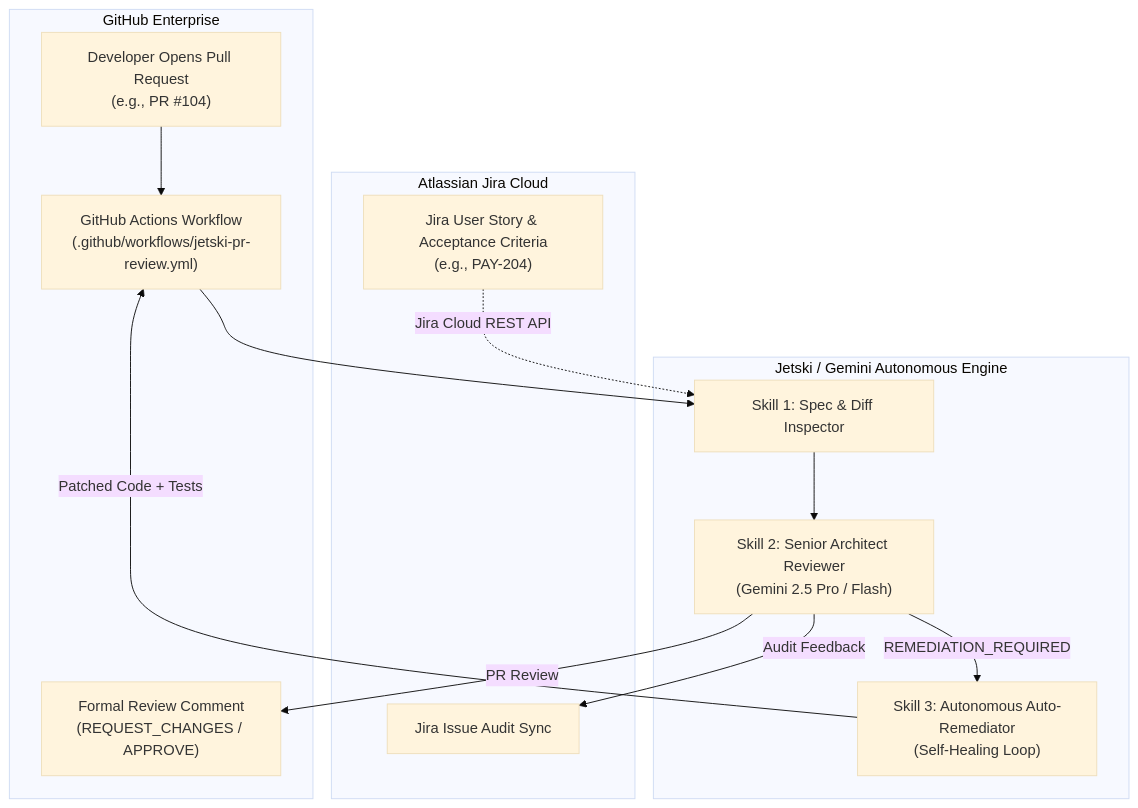
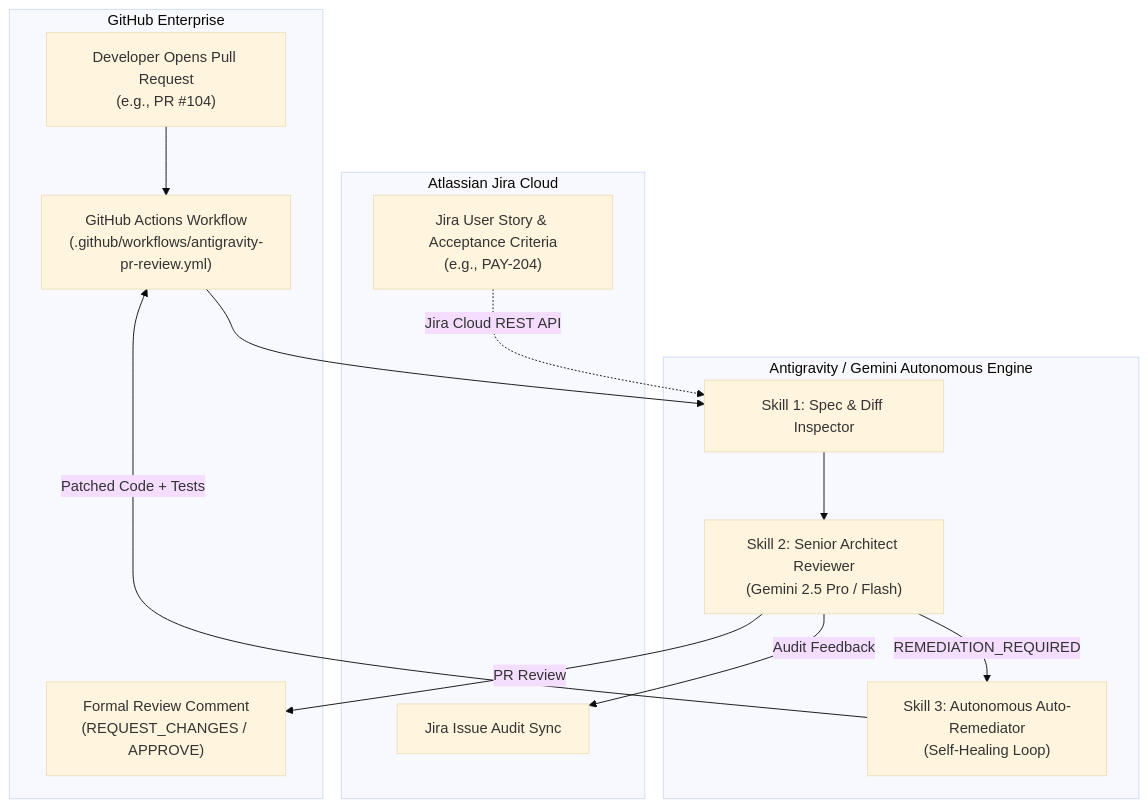
One commit to tuts2024/agy-demo changed the diagram in DEPLOYMENT_GUIDE.md. Above: the diagram before and after it, drawn with Mermaid (base theme). The commit also changed other lines of this file and 16 other files, not shown here.

````diff
--- a/DEPLOYMENT_GUIDE.md
+++ b/DEPLOYMENT_GUIDE.md
@@ -9,28 +9,28 @@
 ```mermaid
 flowchart TD
     subgraph GitHub["GitHub Enterprise"]
         PR["Developer Opens Pull Request<br/>(e.g., PR #104)"]
-        GHA["GitHub Actions Workflow<br/>(.github/workflows/jetski-pr-review.yml)"]
+        GHA["GitHub Actions Workflow<br/>(.github/workflows/antigravity-pr-review.yml)"]
         PR_COMMENT["Formal Review Comment<br/>(REQUEST_CHANGES / APPROVE)"]
     end
 
     subgraph Atlassian["Atlassian Jira Cloud"]
         JIRA["Jira User Story & Acceptance Criteria<br/>(e.g., PAY-204)"]
         JIRA_COMMENT["Jira Issue Audit Sync"]
     end
 
-    subgraph Agent["Jetski / Gemini Autonomous Engine"]
+    subgraph Agent["Antigravity / Gemini Autonomous Engine"]
         INSPECTOR["Skill 1: Spec & Diff Inspector"]
         ARCHITECT["Skill 2: Senior Architect Reviewer<br/>(Gemini 2.5 Pro / Flash)"]
         REMEDIATOR["Skill 3: Autonomous Auto-Remediator<br/>(Self-Healing Loop)"]
     end
 
     PR --> GHA
     GHA --> INSPECTOR
     JIRA -.->|Jira Cloud REST API| INSPECTOR
     INSPECTOR --> ARCHITECT
     ARCHITECT -->|REMEDIATION_REQUIRED| REMEDIATOR
     ARCHITECT -->|Audit Feedback| JIRA_COMMENT
     ARCHITECT -->|PR Review| PR_COMMENT
     REMEDIATOR -->|Patched Code + Tests| GHA
 ```
````
